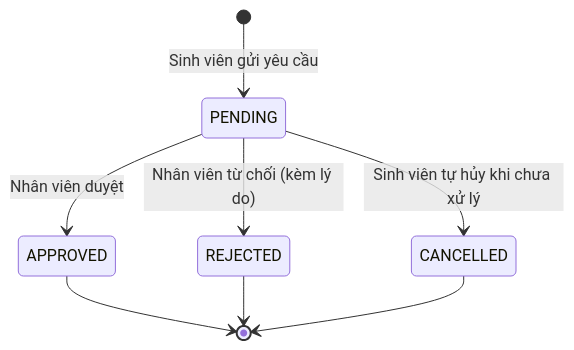
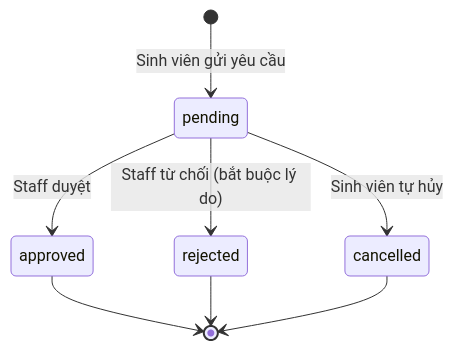
One commit to NguyenMinh205/FE_QuanLyKTX changed the eighth of 11 diagrams in docs/03-PHAN-TICH-NGHIEP-VU.md. Above: the diagram before and after it, drawn with Mermaid. The commit also changed other lines of this file and 45 other files, not shown here.

````diff
--- a/docs/03-PHAN-TICH-NGHIEP-VU.md
+++ b/docs/03-PHAN-TICH-NGHIEP-VU.md
@@ -142,10 +147,10 @@
 ```mermaid
 stateDiagram-v2
-    [*] --> PENDING: Sinh viên gửi yêu cầu
-    PENDING --> APPROVED: Nhân viên duyệt
-    PENDING --> REJECTED: Nhân viên từ chối (kèm lý do)
-    PENDING --> CANCELLED: Sinh viên tự hủy khi chưa xử lý
-    APPROVED --> [*]
-    REJECTED --> [*]
-    CANCELLED --> [*]
+    [*] --> pending: Sinh viên gửi yêu cầu
+    pending --> approved: Staff duyệt
+    pending --> rejected: Staff từ chối (bắt buộc lý do)
+    pending --> cancelled: Sinh viên tự hủy
+    approved --> [*]
+    rejected --> [*]
+    cancelled --> [*]
 ```
````
